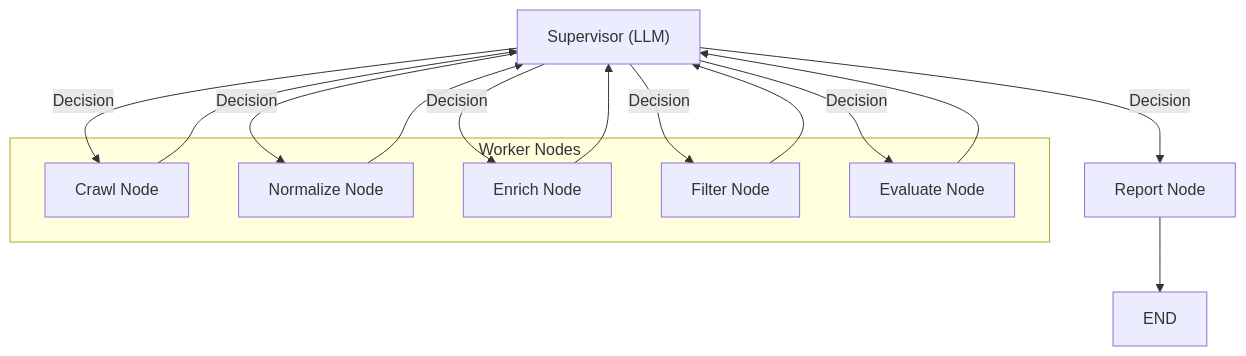
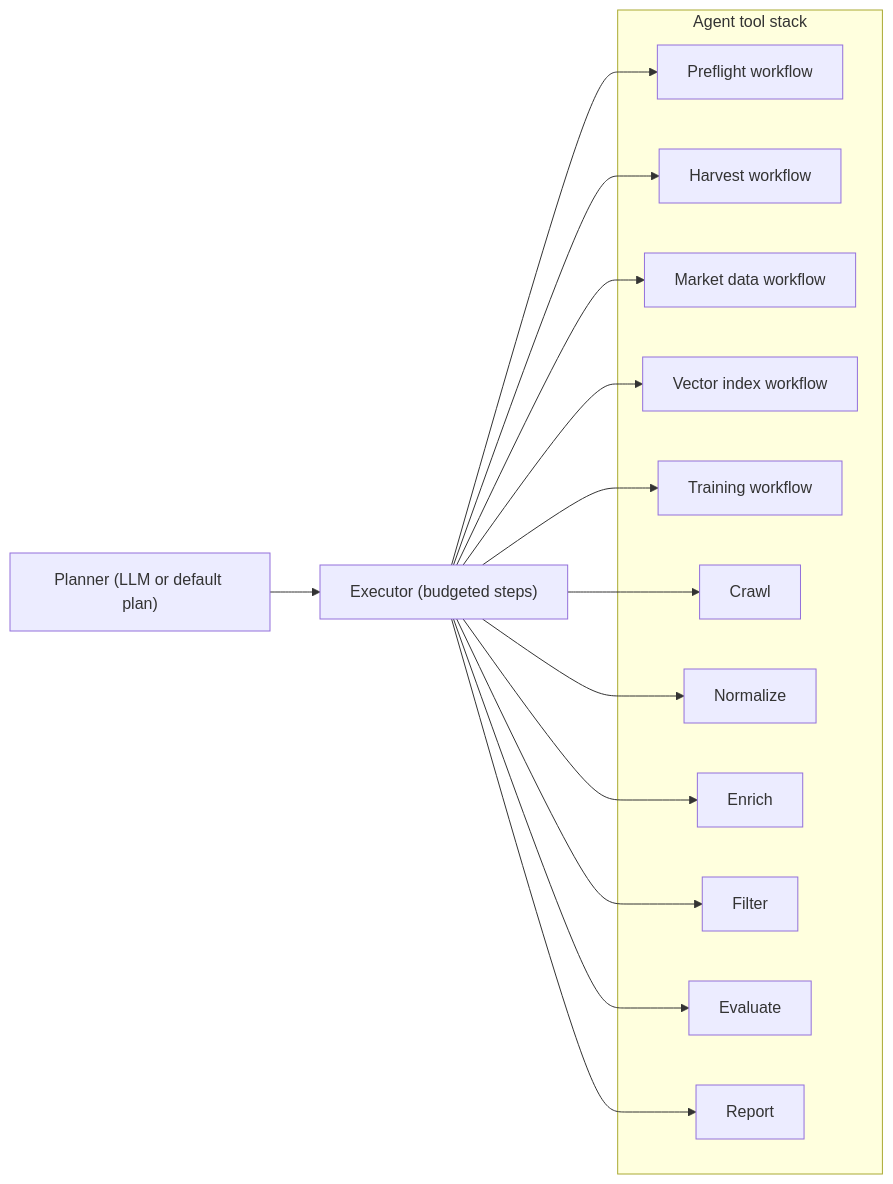
Before and after one commit to Nirtzur0/PropertyScanner: the diagram in docs/04_agent_workflow.md, drawn with Mermaid. The commit also changed other lines of this file and 68 other files, not shown here.

````diff
--- a/docs/04_agent_workflow.md
+++ b/docs/04_agent_workflow.md
@@ -9,29 +9,32 @@
 ```mermaid
-graph TD
-    Supervisor["Supervisor (LLM)"]
-    
-    subgraph "Worker Nodes"
-        Crawl["Crawl Node"]
-        Norm["Normalize Node"]
-        Enrich["Enrich Node"]
-        Filter["Filter Node"]
-        Eval["Evaluate Node"]
+flowchart LR
+    Planner["Planner (LLM or default plan)"]
+    Execute["Executor (budgeted steps)"]
+
+    subgraph "Agent tool stack"
+        Preflight["Preflight workflow"]
+        Harvest["Harvest workflow"]
+        Market["Market data workflow"]
+        Index["Vector index workflow"]
+        Train["Training workflow"]
+        Crawl["Crawl"]
+        Norm["Normalize"]
+        Enrich["Enrich"]
+        Filter["Filter"]
+        Eval["Evaluate"]
+        Report["Report"]
     end
 
-    Report["Report Node"]
-
-    Supervisor -->|Decision| Crawl
-    Supervisor -->|Decision| Norm
-    Supervisor -->|Decision| Enrich
-    Supervisor -->|Decision| Filter
-    Supervisor -->|Decision| Eval
-    Supervisor -->|Decision| Report
-    
-    Crawl --> Supervisor
-    Norm --> Supervisor
-    Enrich --> Supervisor
-    Filter --> Supervisor
-    Eval --> Supervisor
-    
-    Report --> END
+    Planner --> Execute
+    Execute --> Preflight
+    Execute --> Harvest
+    Execute --> Market
+    Execute --> Index
+    Execute --> Train
+    Execute --> Crawl
+    Execute --> Norm
+    Execute --> Enrich
+    Execute --> Filter
+    Execute --> Eval
+    Execute --> Report
 ```
````
